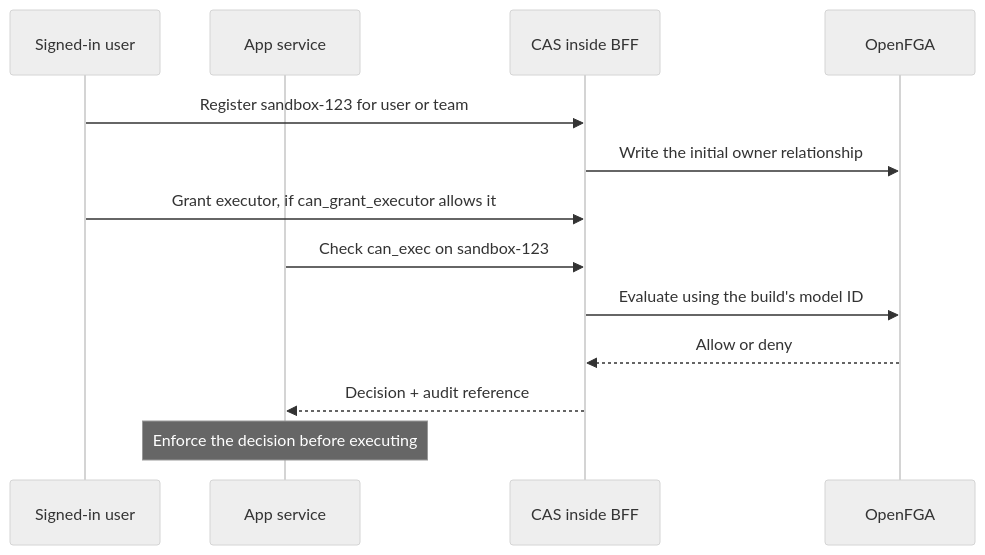
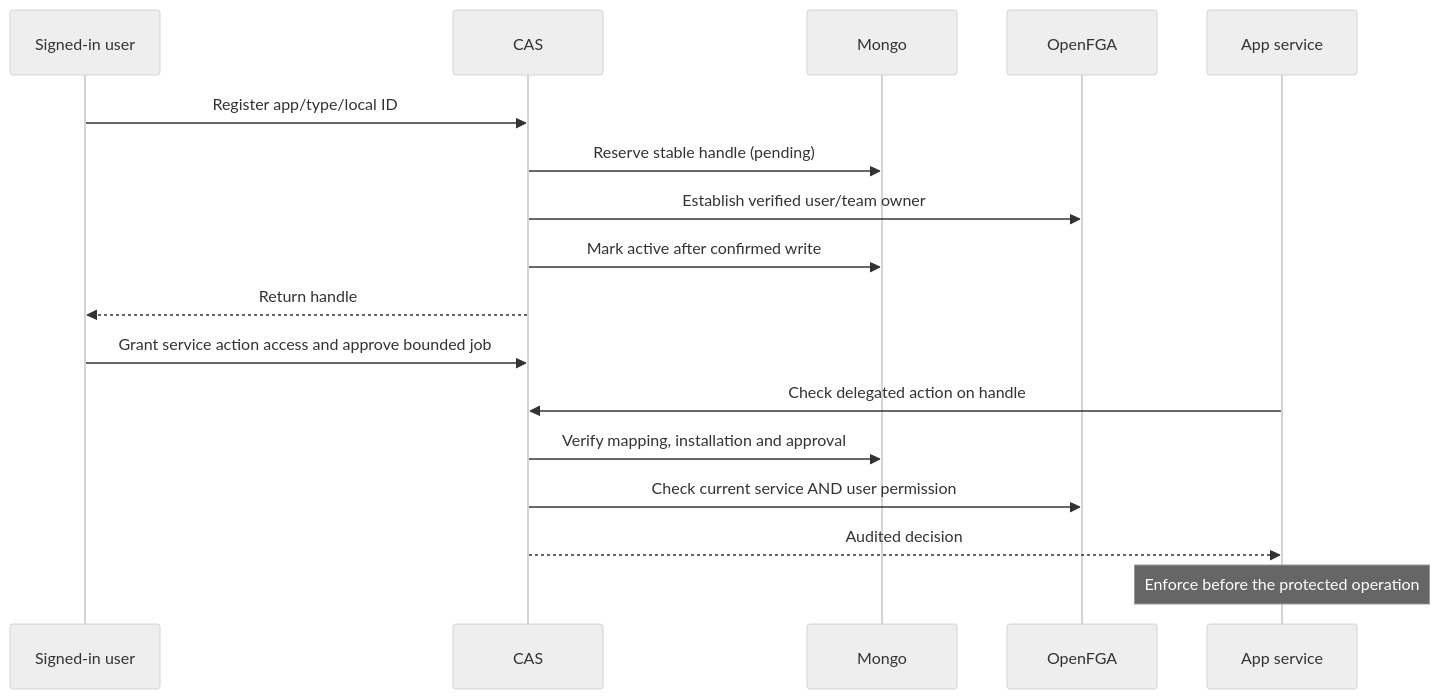
One commit to caipe-io/ai-platform-engineering changed the second of 2 diagrams in docs/docs/security/rbac/service-defined-resources.md. Above: the diagram before and after it, drawn with Mermaid (neutral theme). The commit also changed other lines of this file and 86 other files, not shown here.

First line of the commit message:
feat(authz): register external app actions with a standard model

````diff
--- a/docs/docs/security/rbac/service-defined-resources.md
+++ b/docs/docs/security/rbac/service-defined-resources.md
@@ -44,15 +62,19 @@
 ```mermaid
 sequenceDiagram
     participant U as Signed-in user
+    participant C as CAS
+    participant M as Mongo
+    participant F as OpenFGA
     participant S as App service
-    participant C as CAS inside BFF
-    participant F as OpenFGA
-    U->>C: Register sandbox-123 for user or team
-    C->>F: Write the initial owner relationship
-    U->>C: Grant executor, if can_grant_executor allows it
-    S->>C: Check can_exec on sandbox-123
-    C->>F: Evaluate using the build's model ID
-    F-->>C: Allow or deny
-    C-->>S: Decision + audit reference
-    Note over S: Enforce the decision before executing
+    U->>C: Register app/type/local ID
+    C->>M: Reserve stable handle (pending)
+    C->>F: Establish verified user/team owner
+    C->>M: Mark active after confirmed write
+    C-->>U: Return handle
+    U->>C: Grant service action access and approve bounded job
+    S->>C: Check delegated action on handle
+    C->>M: Verify mapping, installation and approval
+    C->>F: Check current service AND user permission
+    C-->>S: Audited decision
+    Note over S: Enforce before the protected operation
 ```
````
